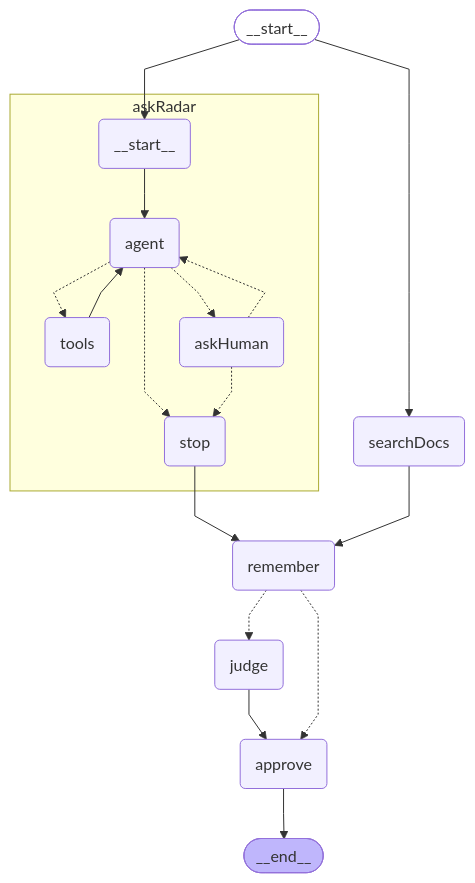
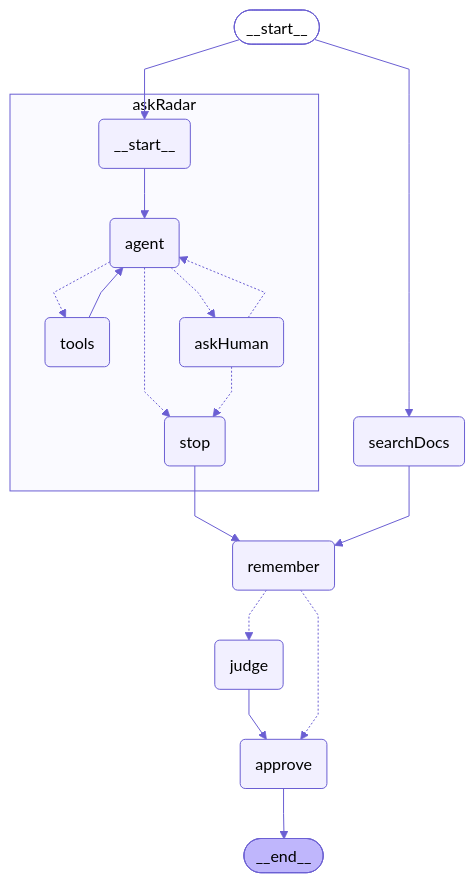
One commit to mwmw7/airforce-agentic-ai changed the diagram in docs/graphs/agent.md. Above: the diagram before and after it, drawn with Mermaid. The commit also changed 15 other files, not shown here.

````diff
--- a/docs/graphs/agent.md
+++ b/docs/graphs/agent.md
@@ -3,36 +3,36 @@
 ```mermaid
-%%{init: {'flowchart': {'curve': 'linear'}}}%%
+%%{init: {'theme': 'base', 'themeVariables': {'background': '#ffffff', 'primaryColor': '#f2f0ff', 'primaryTextColor': '#000000', 'primaryBorderColor': '#6b5fd3', 'lineColor': '#6b5fd3', 'textColor': '#000000', 'clusterBkg': '#fafaff', 'clusterBorder': '#6b5fd3'}, 'flowchart': {'curve': 'linear', 'htmlLabels': false}}}%%
 graph TD;
 	__start__([<p>__start__</p>]):::first
 	searchDocs(searchDocs)
 	askRadar___start__(<p>__start__</p>)
 	askRadar_agent(agent)
 	askRadar_tools(tools)
 	askRadar_askHuman(askHuman)
 	askRadar_stop(stop)
 	remember(remember)
 	judge(judge)
 	approve(approve)
 	__end__([<p>__end__</p>]):::last
 	__start__ --> searchDocs;
 	__start__ --> askRadar___start__;
 	approve --> __end__;
 	askRadar_stop --> remember;
 	judge --> approve;
 	searchDocs --> remember;
 	remember -.-> judge;
 	remember -.-> approve;
 	subgraph askRadar
 	askRadar___start__ --> askRadar_agent;
 	askRadar_tools --> askRadar_agent;
 	askRadar_agent -.-> askRadar_tools;
 	askRadar_agent -.-> askRadar_stop;
 	askRadar_agent -.-> askRadar_askHuman;
 	askRadar_askHuman -.-> askRadar_agent;
 	askRadar_askHuman -.-> askRadar_stop;
 	end
-	classDef default fill:#f2f0ff,line-height:1.2;
-	classDef first fill-opacity:0;
-	classDef last fill:#bfb6fc;
+	classDef default fill:#f2f0ff,stroke:#6b5fd3,color:#000000,line-height:1.2;
+	classDef first fill:#ffffff,stroke:#6b5fd3,color:#000000;
+	classDef last fill:#bfb6fc,stroke:#6b5fd3,color:#000000;
 
 ```
````
